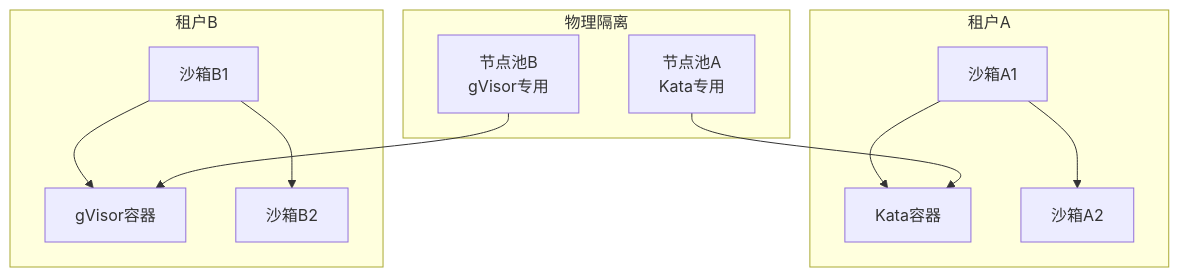
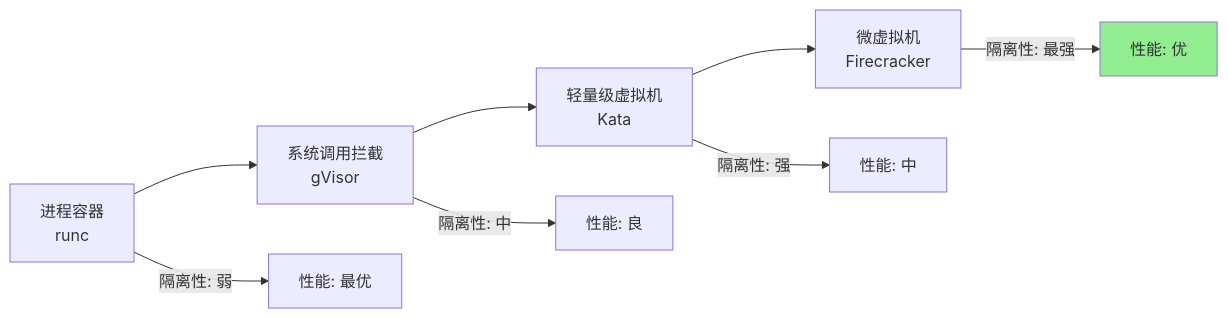
One commit to QJWang23/sandbox changed diagram 16 of 20 in docs/superpowers/specs/2026-03-22-agent-sandbox-technical-roadmap.md. Above: the diagram before and after it, drawn with Mermaid. The commit also changed other lines of this file, not shown here.

First line of the commit message:
Update technical roadmap with production scenarios focus

````diff
--- a/docs/superpowers/specs/2026-03-22-agent-sandbox-technical-roadmap.md
+++ b/docs/superpowers/specs/2026-03-22-agent-sandbox-technical-roadmap.md
@@ -599,17 +624,13 @@
 ```mermaid
-graph TB
-    subgraph "租户A"
-        A1[沙箱A1] --> A2[Kata容器]
-        A1 --> A3[沙箱A2]
-    end
+graph LR
+    A[进程容器<br/>runc] --> B[系统调用拦截<br/>gVisor]
+    B --> C[轻量级虚拟机<br/>Kata]
+    C --> D[微虚拟机<br/>Firecracker]
 
-    subgraph "租户B"
-        B1[沙箱B1] --> B2[gVisor容器]
-        B1 --> B3[沙箱B2]
-    end
+    A -->|隔离性: 弱| E[性能: 最优]
+    B -->|隔离性: 中| F[性能: 良]
+    C -->|隔离性: 强| G[性能: 中]
+    D -->|隔离性: 最强| H[性能: 优]
 
-    subgraph "物理隔离"
-        C[节点池A<br/>Kata专用] --> A2
-        D[节点池B<br/>gVisor专用] --> B2
-    end
+    style H fill:#90EE90
 ```
````
